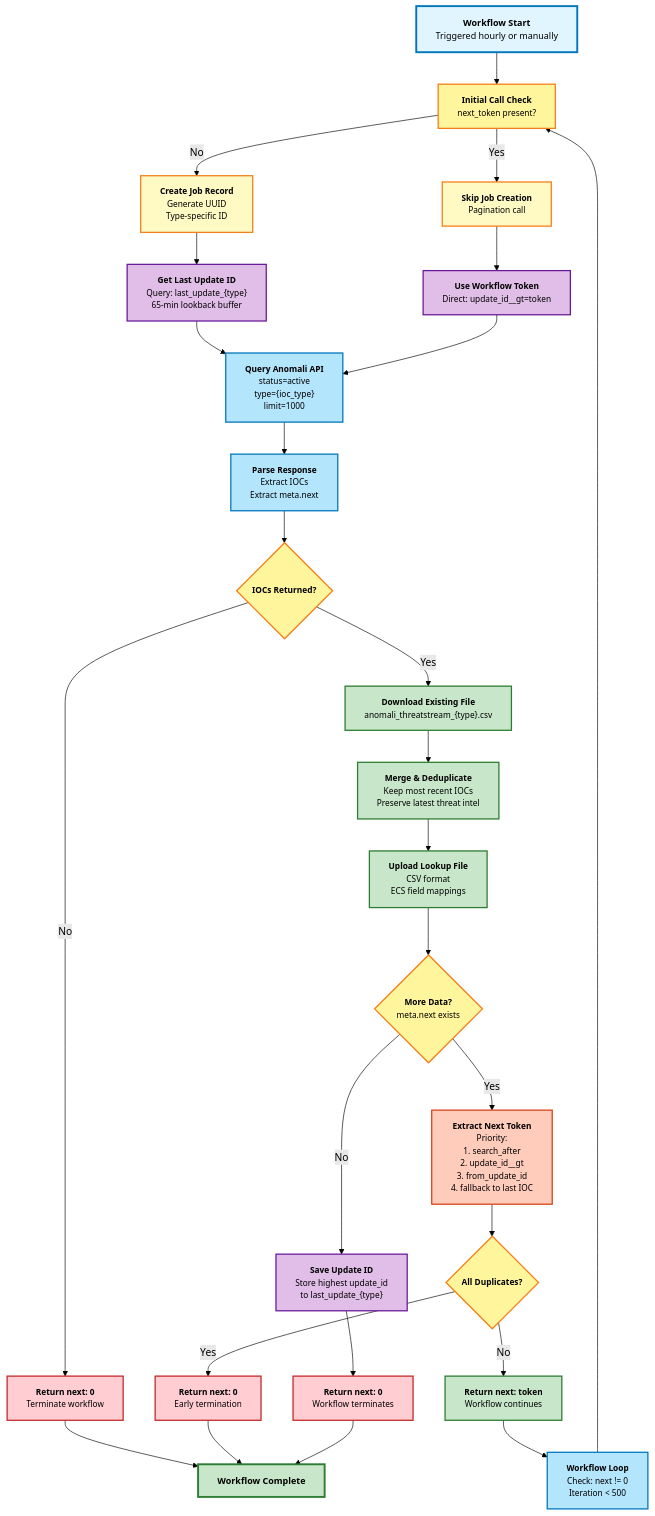
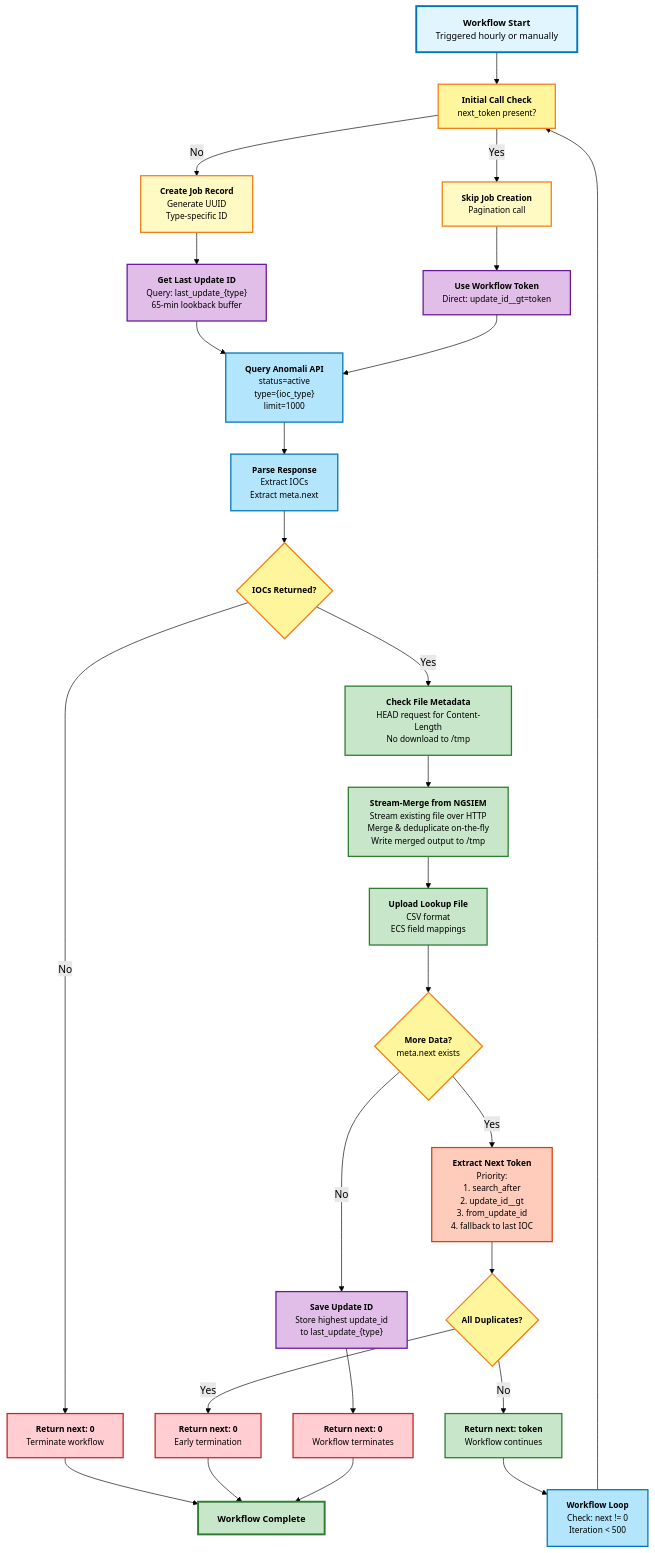
Before and after one commit to CrowdStrike/foundry-sample-anomali-threatstream: the diagram in dev-docs/sync-strategy.md, drawn with Mermaid (forest theme). The commit also changed other lines of this file and 7 other files, not shown here.

````diff
--- a/dev-docs/sync-strategy.md
+++ b/dev-docs/sync-strategy.md
@@ -7,71 +7,71 @@
 ```mermaid
 flowchart TD
     Start["<b>Workflow Start</b><br/>Triggered hourly or manually"]
 
     Start --> InitCheck["<b>Initial Call Check</b><br/>next_token present?"]
 
     InitCheck -->|No| CreateJob["<b>Create Job Record</b><br/>Generate UUID<br/>Type-specific ID"]
     InitCheck -->|Yes| SkipJob["<b>Skip Job Creation</b><br/>Pagination call"]
 
     CreateJob --> GetState["<b>Get Last Update ID</b><br/>Query: last_update_{type}<br/>65-min lookback buffer"]
     SkipJob --> UseToken["<b>Use Workflow Token</b><br/>Direct: update_id__gt=token"]
 
     GetState --> Query["<b>Query Anomali API</b><br/>status=active<br/>type={ioc_type}<br/>limit=1000"]
     UseToken --> Query
 
     Query --> Parse["<b>Parse Response</b><br/>Extract IOCs<br/>Extract meta.next"]
 
     Parse --> HasData{"<b>IOCs Returned?</b>"}
 
     HasData -->|No| Return0["<b>Return next: 0</b><br/>Terminate workflow"]
 
-    HasData -->|Yes| Download["<b>Download Existing File</b><br/>anomali_threatstream_{type}.csv"]
+    HasData -->|Yes| CheckMeta["<b>Check File Metadata</b><br/>HEAD request for Content-Length<br/>No download to /tmp"]
 
-    Download --> Merge["<b>Merge & Deduplicate</b><br/>Keep most recent IOCs<br/>Preserve latest threat intel"]
+    CheckMeta --> StreamMerge["<b>Stream-Merge from NGSIEM</b><br/>Stream existing file over HTTP<br/>Merge & deduplicate on-the-fly<br/>Write merged output to /tmp"]
 
-    Merge --> Upload["<b>Upload Lookup File</b><br/>CSV format<br/>ECS field mappings"]
+    StreamMerge --> Upload["<b>Upload Lookup File</b><br/>CSV format<br/>ECS field mappings"]
 
     Upload --> CheckNext{"<b>More Data?</b><br/>meta.next exists"}
 
     CheckNext -->|Yes| ExtractToken["<b>Extract Next Token</b><br/>Priority:<br/>1. search_after<br/>2. update_id__gt<br/>3. from_update_id<br/>4. fallback to last IOC"]
 
     CheckNext -->|No| SaveState["<b>Save Update ID</b><br/>Store highest update_id<br/>to last_update_{type}"]
 
     ExtractToken --> CheckDupes{"<b>All Duplicates?</b>"}
 
     CheckDupes -->|Yes| Return0Dupes["<b>Return next: 0</b><br/>Early termination"]
     CheckDupes -->|No| ReturnNext["<b>Return next: token</b><br/>Workflow continues"]
 
     SaveState --> Return0Final["<b>Return next: 0</b><br/>Workflow terminates"]
 
     ReturnNext --> WorkflowLoop["<b>Workflow Loop</b><br/>Check: next != 0<br/>Iteration < 500"]
 
     WorkflowLoop --> InitCheck
 
     Return0 --> End["<b>Workflow Complete</b>"]
     Return0Dupes --> End
     Return0Final --> End
 
     style Start fill:#e1f5ff,stroke:#0277bd,stroke-width:3px,color:#000,font-size:14px
     style End fill:#c8e6c9,stroke:#2e7d32,stroke-width:3px,color:#000,font-size:14px
     style CreateJob fill:#fff9c4,stroke:#f57f17,stroke-width:2px,color:#000,font-size:13px
     style SkipJob fill:#fff9c4,stroke:#f57f17,stroke-width:2px,color:#000,font-size:13px
     style GetState fill:#e1bee7,stroke:#6a1b9a,stroke-width:2px,color:#000,font-size:13px
     style UseToken fill:#e1bee7,stroke:#6a1b9a,stroke-width:2px,color:#000,font-size:13px
     style Query fill:#b3e5fc,stroke:#0277bd,stroke-width:2px,color:#000,font-size:13px
     style Parse fill:#b3e5fc,stroke:#0277bd,stroke-width:2px,color:#000,font-size:13px
-    style Download fill:#c8e6c9,stroke:#2e7d32,stroke-width:2px,color:#000,font-size:13px
-    style Merge fill:#c8e6c9,stroke:#2e7d32,stroke-width:2px,color:#000,font-size:13px
+    style CheckMeta fill:#c8e6c9,stroke:#2e7d32,stroke-width:2px,color:#000,font-size:13px
+    style StreamMerge fill:#c8e6c9,stroke:#2e7d32,stroke-width:2px,color:#000,font-size:13px
     style Upload fill:#c8e6c9,stroke:#2e7d32,stroke-width:2px,color:#000,font-size:13px
     style ExtractToken fill:#ffccbc,stroke:#d84315,stroke-width:2px,color:#000,font-size:13px
     style SaveState fill:#e1bee7,stroke:#6a1b9a,stroke-width:2px,color:#000,font-size:13px
     style HasData fill:#fff59d,stroke:#f57f17,stroke-width:2px,color:#000,font-size:13px
     style CheckNext fill:#fff59d,stroke:#f57f17,stroke-width:2px,color:#000,font-size:13px
     style CheckDupes fill:#fff59d,stroke:#f57f17,stroke-width:2px,color:#000,font-size:13px
     style Return0 fill:#ffcdd2,stroke:#c62828,stroke-width:2px,color:#000,font-size:13px
     style Return0Dupes fill:#ffcdd2,stroke:#c62828,stroke-width:2px,color:#000,font-size:13px
     style Return0Final fill:#ffcdd2,stroke:#c62828,stroke-width:2px,color:#000,font-size:13px
     style ReturnNext fill:#c8e6c9,stroke:#2e7d32,stroke-width:2px,color:#000,font-size:13px
     style WorkflowLoop fill:#b3e5fc,stroke:#0277bd,stroke-width:2px,color:#000,font-size:13px
     style InitCheck fill:#fff59d,stroke:#f57f17,stroke-width:2px,color:#000,font-size:13px
 ```
````
